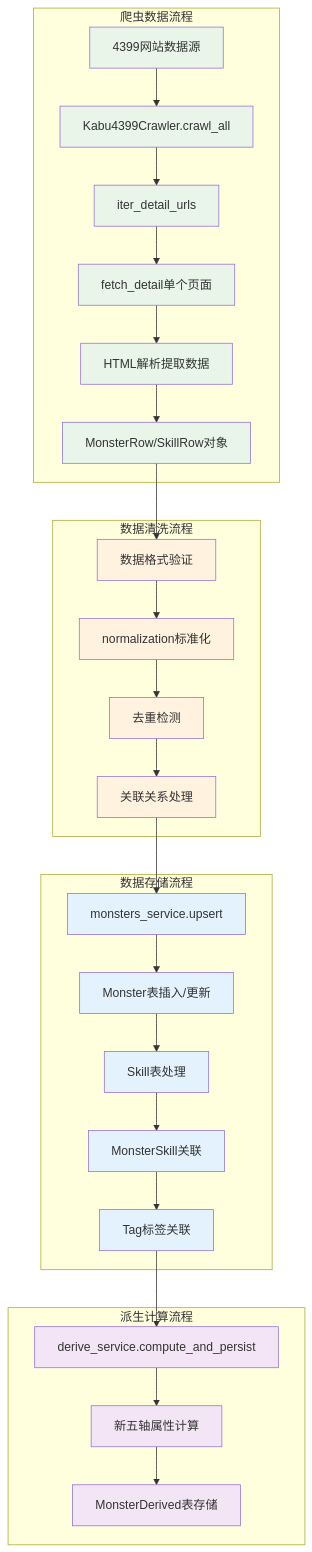
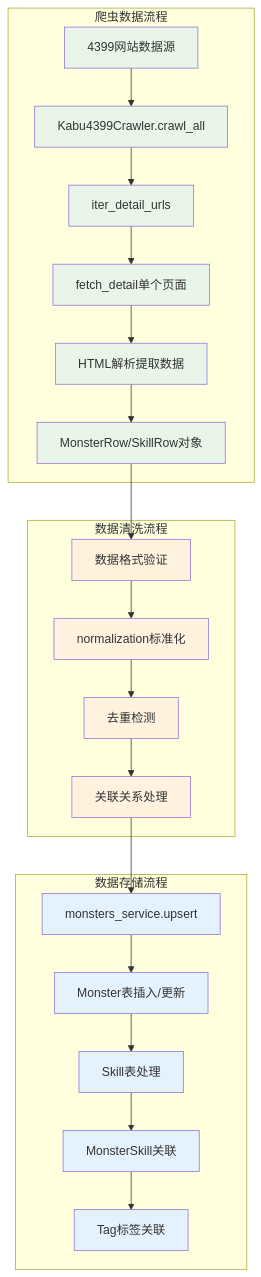
The second of 15 diagrams in docs/architecture/data-flow.md (MGX-LJY/kbxy-monsters-pro), drawn with Mermaid before and after one commit. The commit also changed other lines of this file and 9 other files, not shown here.

````diff
--- a/docs/architecture/data-flow.md
+++ b/docs/architecture/data-flow.md
@@ -112,42 +111,38 @@
 ```mermaid
 graph TD
     subgraph "爬虫数据流程"
         A[4399网站数据源] --> B[Kabu4399Crawler.crawl_all]
         B --> C[iter_detail_urls]
         C --> D[fetch_detail单个页面]
         D --> E[HTML解析提取数据]
         E --> F[MonsterRow/SkillRow对象]
     end
     
     subgraph "数据清洗流程"
         F --> G[数据格式验证]
         G --> H[normalization标准化]
         H --> I[去重检测]
         I --> J[关联关系处理]
     end
     
     subgraph "数据存储流程"
         J --> K[monsters_service.upsert]
         K --> L[Monster表插入/更新]
         L --> M[Skill表处理]
         M --> N[MonsterSkill关联]
         N --> O[Tag标签关联]
     end
     
-    subgraph "派生计算流程"
-        O --> P[derive_service.compute_and_persist]
-        P --> Q[新五轴属性计算]
-        Q --> R[MonsterDerived表存储]
-    end
+
     
     %% 样式
     classDef crawlerFlow fill:#e8f5e8
     classDef cleanFlow fill:#fff3e0
     classDef storeFlow fill:#e3f2fd
-    classDef deriveFlow fill:#f3e5f5
+
     
     class A,B,C,D,E,F crawlerFlow
     class G,H,I,J cleanFlow
     class K,L,M,N,O storeFlow
-    class P,Q,R deriveFlow
+
 ```
````
